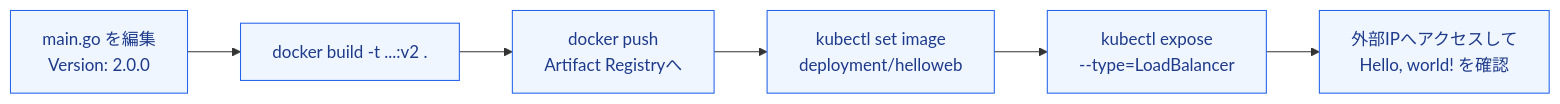
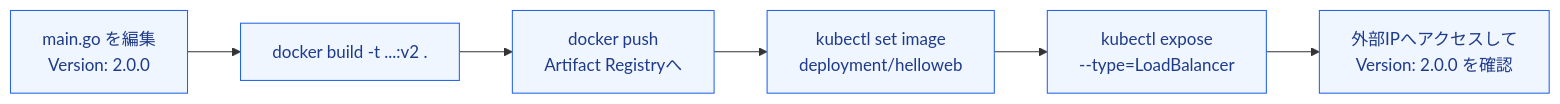
One commit to myoshi2891/Cloud-Infrastructure-Studies changed the fifth of 5 diagrams in Manage-Kubernetes-in-Google-Cloud.md. Above: the diagram before and after it, drawn with Mermaid. The commit also changed other lines of this file, not shown here.

````diff
--- a/Manage-Kubernetes-in-Google-Cloud.md
+++ b/Manage-Kubernetes-in-Google-Cloud.md
@@ -262,11 +268,11 @@
 ```mermaid
 flowchart LR
     A["main.go を編集<br/>Version: 2.0.0"] --> B["docker build -t ...:v2 ."]
     B --> C["docker push<br/>Artifact Registryへ"]
     C --> D["kubectl set image<br/>deployment/helloweb"]
     D --> E["kubectl expose<br/>--type=LoadBalancer"]
-    E --> F["外部IPへアクセスして<br/>Hello, world! を確認"]
+    E --> F["外部IPへアクセスして<br/>Version: 2.0.0 を確認"]
 
     classDef n fill:#eff6ff,stroke:#2563eb,color:#1e3a8a;
     class A,B,C,D,E,F n;
 ```
````
